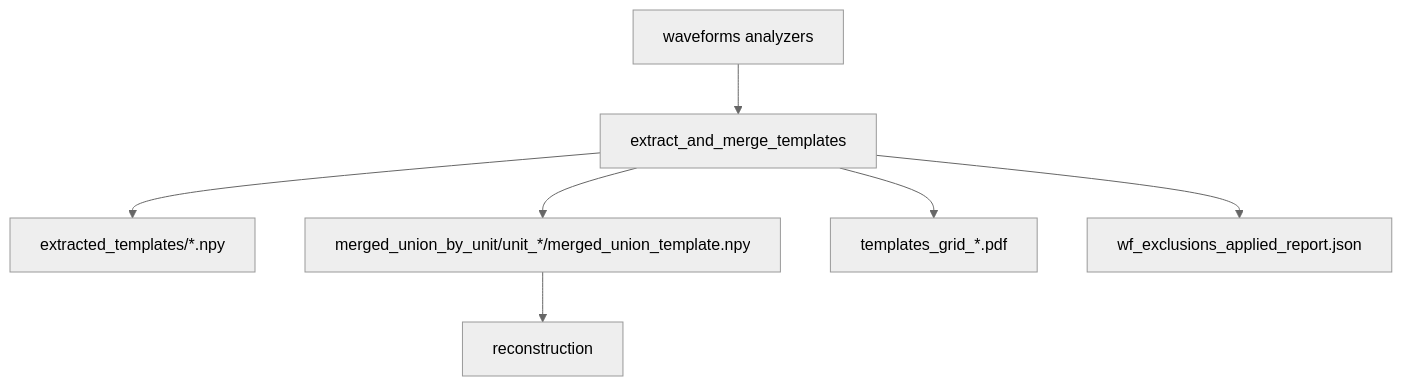
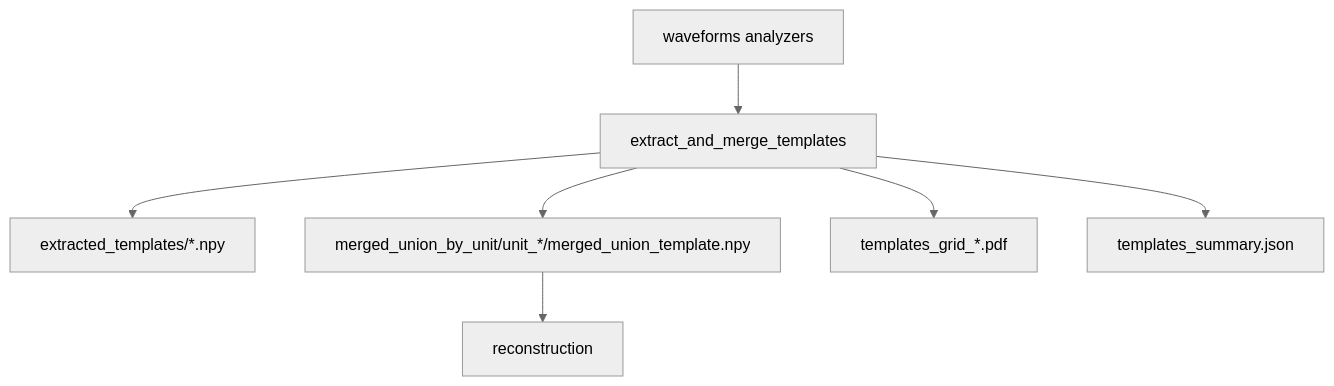
One commit to adamwea/axon_reconstructor changed the diagram in src/axon_reconstructor/pipeline/templates/README.md. Above: the diagram before and after it, drawn with Mermaid (neutral theme). The commit also changed other lines of this file and 7 other files, not shown here.

````diff
--- a/src/axon_reconstructor/pipeline/templates/README.md
+++ b/src/axon_reconstructor/pipeline/templates/README.md
@@ -48,9 +53,9 @@
 ```mermaid
 flowchart TD
   A[waveforms analyzers] --> B[extract_and_merge_templates]
   B --> C[extracted_templates/*.npy]
   B --> D[merged_union_by_unit/unit_*/merged_union_template.npy]
   B --> E[templates_grid_*.pdf]
-  B --> F[wf_exclusions_applied_report.json]
+  B --> F[templates_summary.json]
   D --> G[reconstruction]
 ```
````
